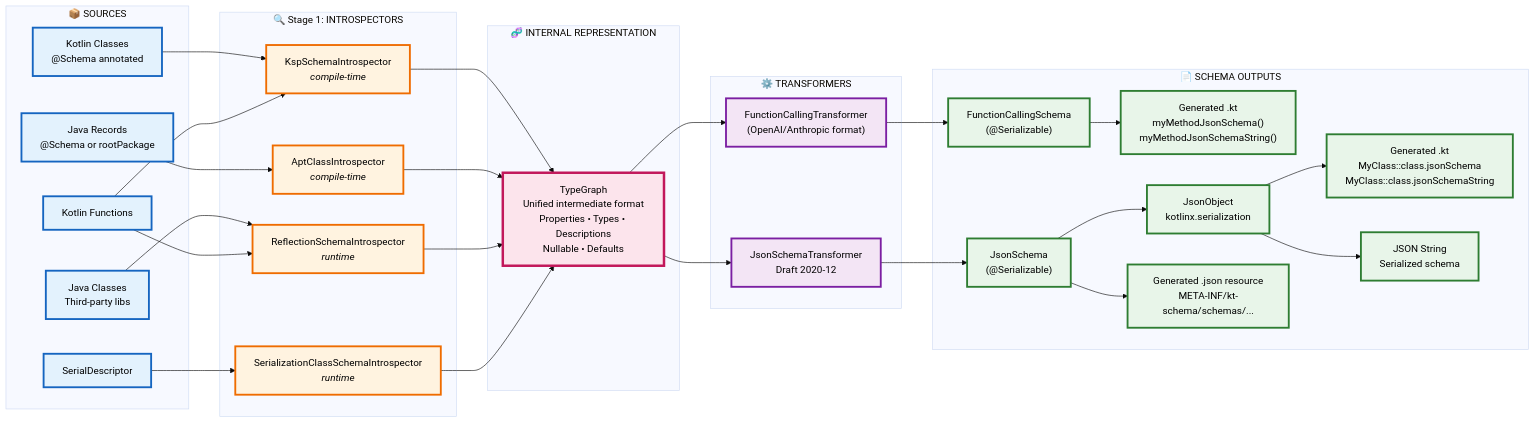
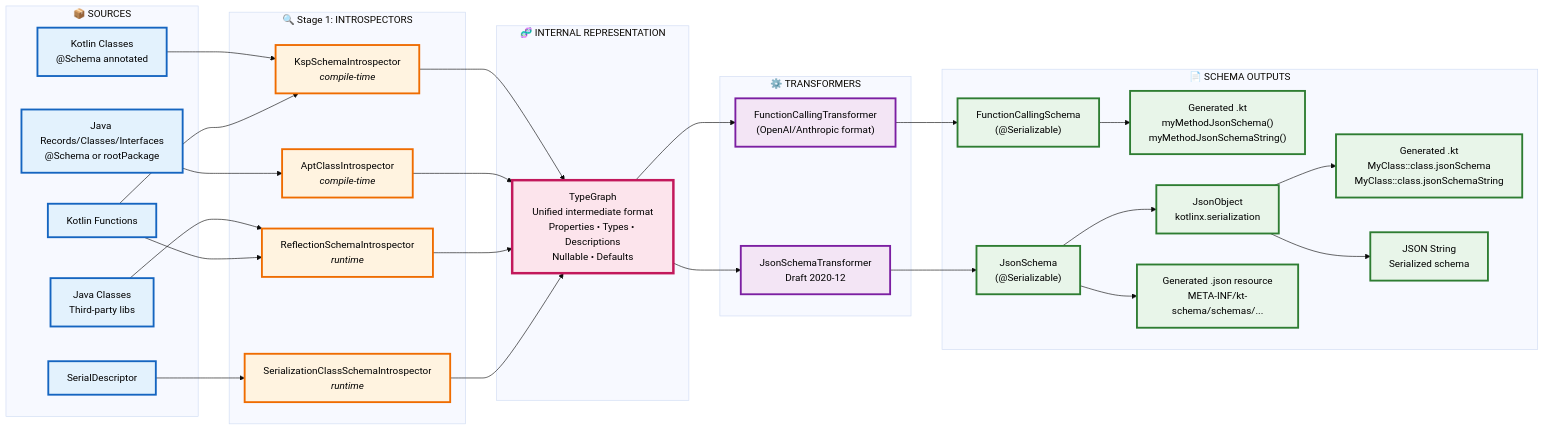
One commit to kpavlov/kt-schema changed the first of 3 diagrams in docs/architecture.md. Above: the diagram before and after it, drawn with Mermaid (base theme). The commit also changed 10 other files, not shown here.

````diff
--- a/docs/architecture.md
+++ b/docs/architecture.md
@@ -22,71 +22,71 @@
 ```mermaid
 graph LR
     subgraph Sources["📦 SOURCES"]
         Kotlin["Kotlin Classes<br/>@Schema annotated"]
         KSerializer["SerialDescriptor"]
         Java["Java Classes<br/>Third-party libs"]
-        JavaApt["Java Records<br/>@Schema or rootPackage"]
+        JavaApt["Java Records/Classes/Interfaces<br/>@Schema or rootPackage"]
         Functions["Kotlin Functions"]
     end
 
     subgraph Introspectors["🔍 Stage 1: INTROSPECTORS"]
         KSP["KspSchemaIntrospector<br/><i>compile-time</i>"]
         Apt["AptClassIntrospector<br/><i>compile-time</i>"]
         Reflect["ReflectionSchemaIntrospector<br/><i>runtime</i>"]
         Serialization["SerializationClassSchemaIntrospector<br/><i>runtime</i>"]
     end
 
     subgraph IR["🧬 INTERNAL REPRESENTATION"]
         TypeGraph["TypeGraph<br/>Unified intermediate format<br/>Properties • Types • Descriptions<br/>Nullable • Defaults"]
     end
 
     subgraph Transformers["⚙️ TRANSFORMERS"]
         JsonTransform["JsonSchemaTransformer<br/>Draft 2020-12"]
         FuncTransform["FunctionCallingTransformer<br/>(OpenAI/Anthropic format)"]
     end
 
     subgraph Output["📄 SCHEMA OUTPUTS"]
         KtClass["Generated .kt<br/>MyClass::class.jsonSchema<br/>MyClass::class.jsonSchemaString"]
         KtFunc["Generated .kt<br/>myMethodJsonSchema()<br/>myMethodJsonSchemaString()"]
         JsonSchema["JsonSchema<br/>(@Serializable)"]
         JsonObj["JsonObject<br/>kotlinx.serialization"]
         JsonStr["JSON String<br/>Serialized schema"]
         AptResource["Generated .json resource<br/>META-INF/kt-schema/schemas/..."]
         FuncSchema["FunctionCallingSchema<br/>(@Serializable)"]
     end
 
     Kotlin --> KSP
     KSerializer --> Serialization
     Java --> Reflect
     JavaApt --> Apt
     Functions --> KSP
     Functions --> Reflect
 
     KSP --> TypeGraph
     Apt --> TypeGraph
     Reflect --> TypeGraph
     Serialization --> TypeGraph
 
     TypeGraph --> JsonTransform
     TypeGraph --> FuncTransform
 
     JsonTransform --> JsonSchema
     FuncTransform --> FuncSchema
     JsonSchema --> JsonObj
     JsonSchema --> AptResource
     FuncSchema --> KtFunc
     JsonObj --> JsonStr
     JsonObj --> KtClass
 
     classDef sourceStyle fill:#e3f2fd,stroke:#1565c0,stroke-width:3px,color:#000
     classDef introspectorStyle fill:#fff3e0,stroke:#ef6c00,stroke-width:3px,color:#000
     classDef irStyle fill:#fce4ec,stroke:#c2185b,stroke-width:4px,color:#000
     classDef transformStyle fill:#f3e5f5,stroke:#7b1fa2,stroke-width:3px,color:#000
     classDef outputStyle fill:#e8f5e9,stroke:#2e7d32,stroke-width:3px,color:#000
 
     class Kotlin,Java,JavaApt,Functions,KSerializer sourceStyle
     class KSP,Apt,Reflect,Serialization introspectorStyle
     class TypeGraph irStyle
     class JsonTransform,FuncTransform transformStyle
     class KtClass,KtFunc,JsonSchema,FuncSchema,JsonObj,JsonStr,AptResource outputStyle
 ```
````
